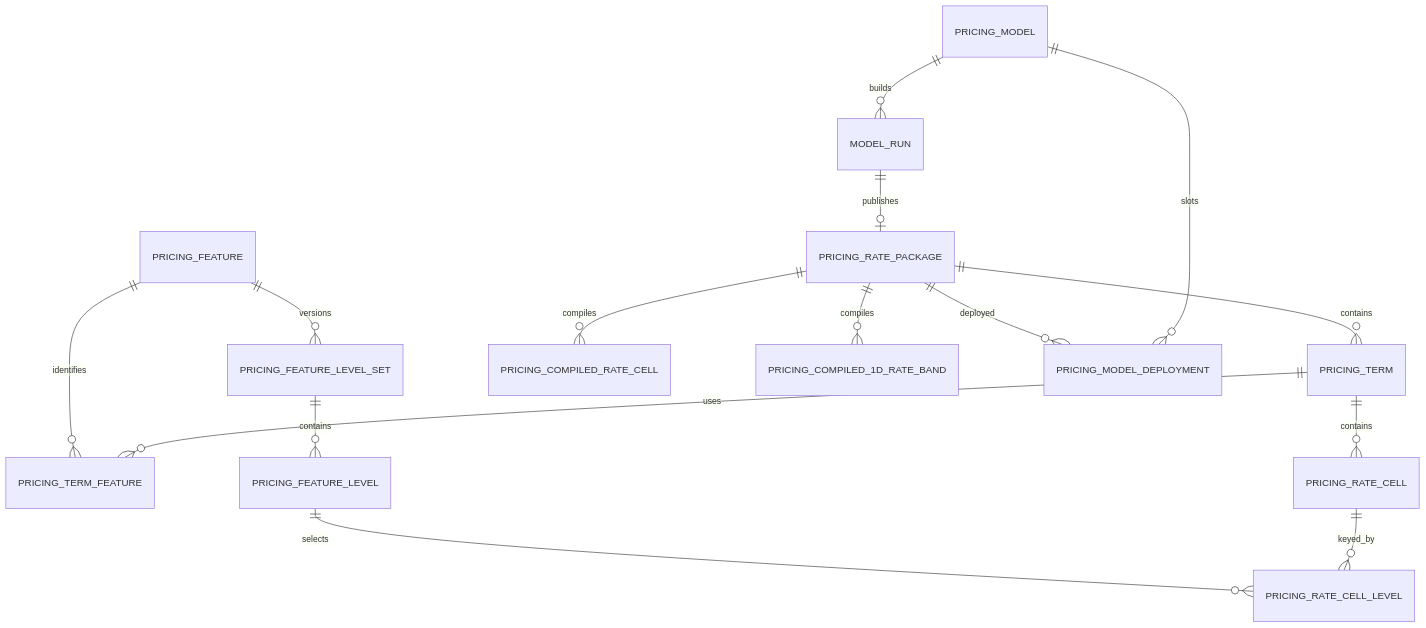
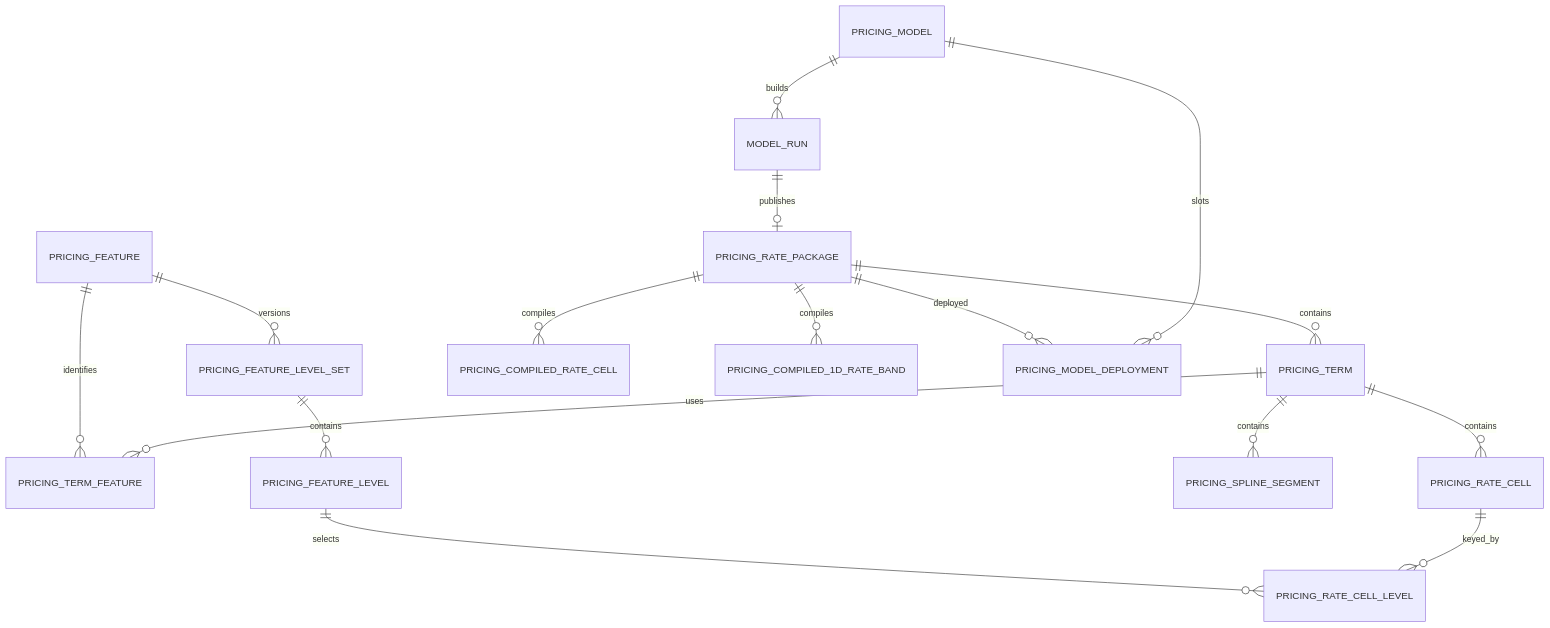
Before and after one commit to StrudelDoodleS/superglm-pricing-pipeline: the third of 4 diagrams in docs/sql/README.md, drawn with Mermaid. The commit also changed other lines of this file and 79 other files, not shown here.

````diff
--- a/docs/sql/README.md
+++ b/docs/sql/README.md
@@ -125,17 +202,18 @@
 ```mermaid
 erDiagram
     PRICING_MODEL ||--o{ MODEL_RUN : builds
     MODEL_RUN ||--o| PRICING_RATE_PACKAGE : publishes
     PRICING_RATE_PACKAGE ||--o{ PRICING_TERM : contains
     PRICING_TERM ||--o{ PRICING_TERM_FEATURE : uses
     PRICING_FEATURE ||--o{ PRICING_TERM_FEATURE : identifies
     PRICING_TERM ||--o{ PRICING_RATE_CELL : contains
+    PRICING_TERM ||--o{ PRICING_SPLINE_SEGMENT : contains
     PRICING_RATE_CELL ||--o{ PRICING_RATE_CELL_LEVEL : keyed_by
     PRICING_FEATURE_LEVEL ||--o{ PRICING_RATE_CELL_LEVEL : selects
     PRICING_FEATURE ||--o{ PRICING_FEATURE_LEVEL_SET : versions
     PRICING_FEATURE_LEVEL_SET ||--o{ PRICING_FEATURE_LEVEL : contains
     PRICING_RATE_PACKAGE ||--o{ PRICING_COMPILED_RATE_CELL : compiles
     PRICING_RATE_PACKAGE ||--o{ PRICING_COMPILED_1D_RATE_BAND : compiles
     PRICING_MODEL ||--o{ PRICING_MODEL_DEPLOYMENT : slots
     PRICING_RATE_PACKAGE ||--o{ PRICING_MODEL_DEPLOYMENT : deployed
 ```
````
